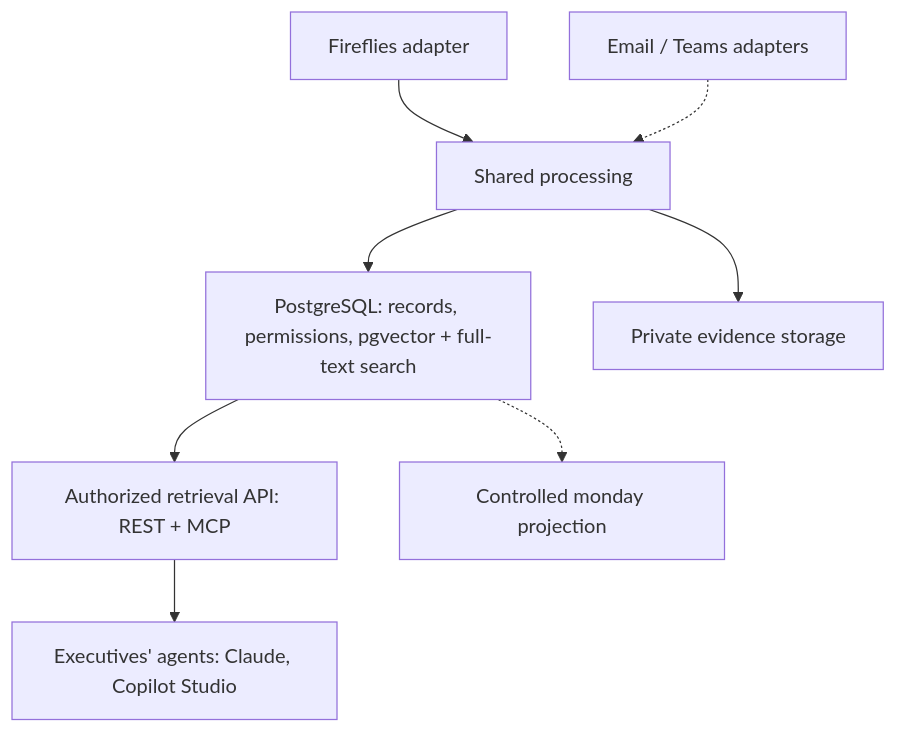
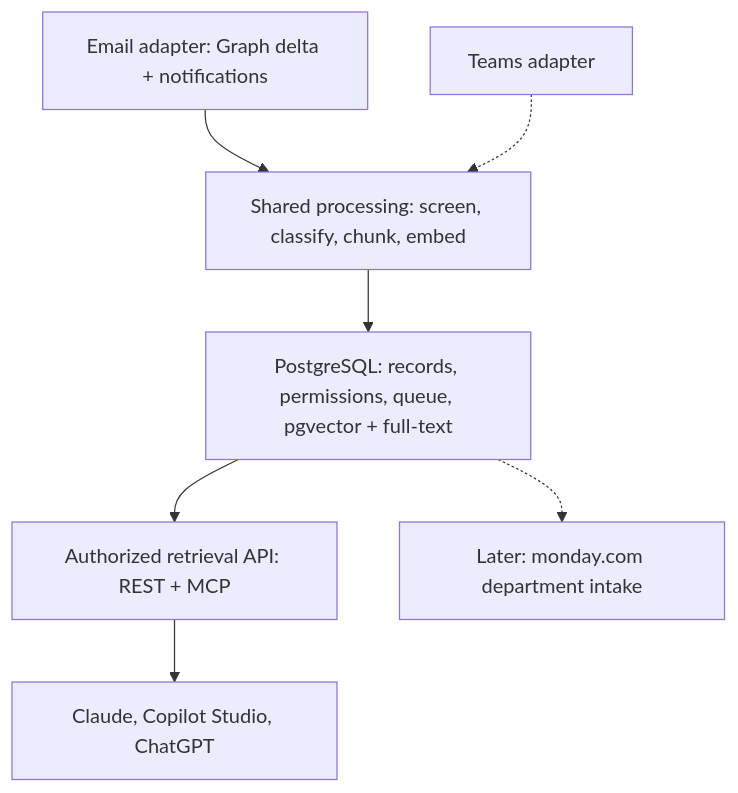
The diagram in README.md (Finishes-Solutions/fs-communication-intelligence), drawn with Mermaid before and after one commit. The commit also changed other lines of this file and 7 other files, not shown here.

````diff
--- a/README.md
+++ b/README.md
@@ -39,10 +39,9 @@
 ```mermaid
 flowchart TD
-  F[Fireflies adapter] --> P[Shared processing]
-  T[Email / Teams adapters] -.-> P
-  P --> D[PostgreSQL: records, permissions, pgvector + full-text search]
-  P --> B[Private evidence storage]
+  E[Email adapter: Graph delta + notifications] --> P[Shared processing: screen, classify, chunk, embed]
+  T[Teams adapter] -.-> P
+  P --> D[PostgreSQL: records, permissions, queue, pgvector + full-text]
   D --> R[Authorized retrieval API: REST + MCP]
-  R --> C[Executives' agents: Claude, Copilot Studio]
-  D -.-> O[Controlled monday projection]
+  R --> C[Claude, Copilot Studio, ChatGPT]
+  D -.-> O[Later: monday.com department intake]
 ```
````
